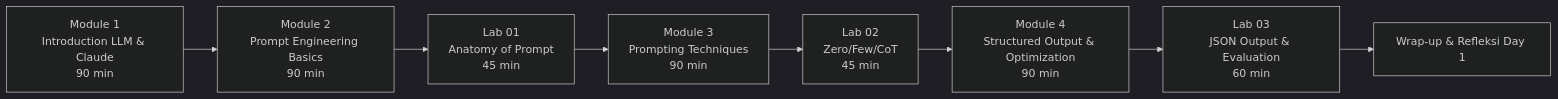
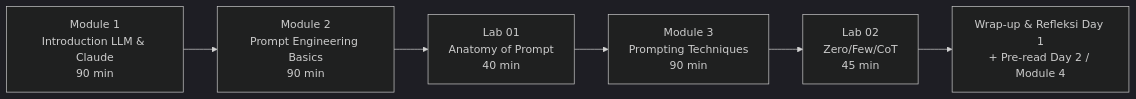
One commit to githubna-ilham/AI_Claude changed the diagram in Day-1-Prompt-Engineering/README.md. Above: the diagram before and after it, drawn with Mermaid (dark theme). The commit also changed other lines of this file and 46 other files, not shown here.

````diff
--- a/Day-1-Prompt-Engineering/README.md
+++ b/Day-1-Prompt-Engineering/README.md
@@ -33,10 +36,8 @@
 ```mermaid
 flowchart LR
     M1[Module 1<br/>Introduction LLM & Claude<br/>90 min] --> M2[Module 2<br/>Prompt Engineering Basics<br/>90 min]
-    M2 --> L1[Lab 01<br/>Anatomy of Prompt<br/>45 min]
+    M2 --> L1[Lab 01<br/>Anatomy of Prompt<br/>40 min]
     L1 --> M3[Module 3<br/>Prompting Techniques<br/>90 min]
     M3 --> L2[Lab 02<br/>Zero/Few/CoT<br/>45 min]
-    L2 --> M4[Module 4<br/>Structured Output & Optimization<br/>90 min]
-    M4 --> L3[Lab 03<br/>JSON Output & Evaluation<br/>60 min]
-    L3 --> WRAP[Wrap-up & Refleksi Day 1]
+    L2 --> WRAP[Wrap-up & Refleksi Day 1<br/>+ Pre-read Day 2 / Module 4]
 ```
````
